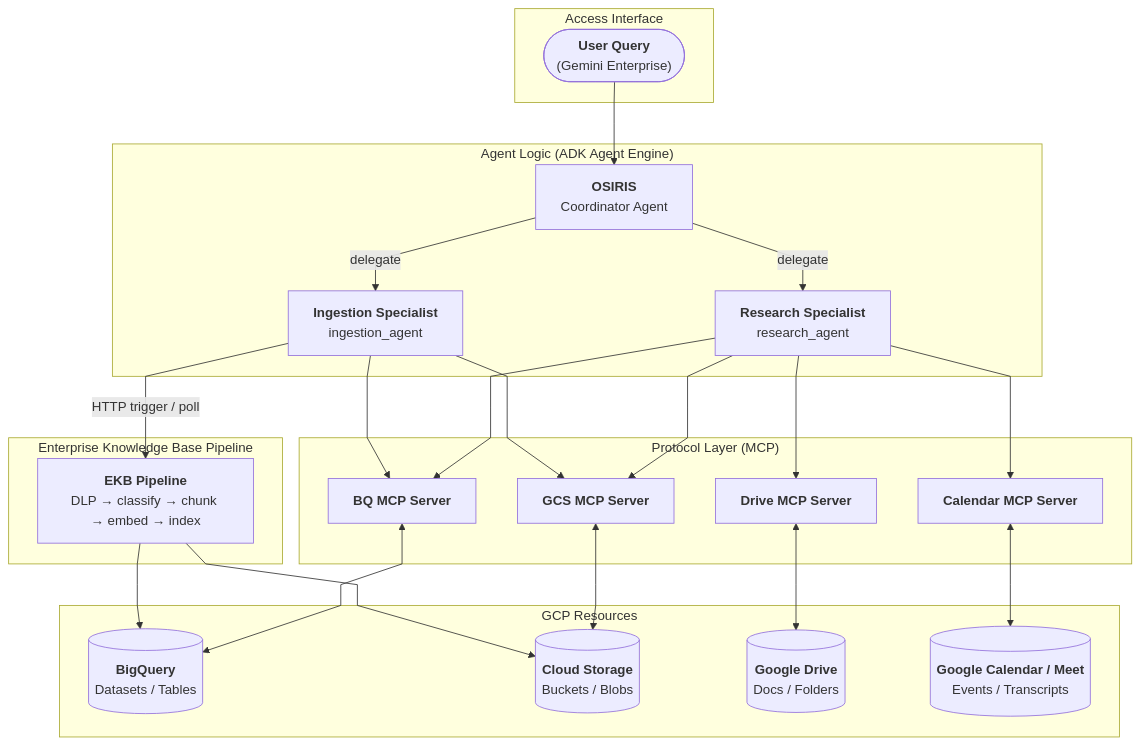
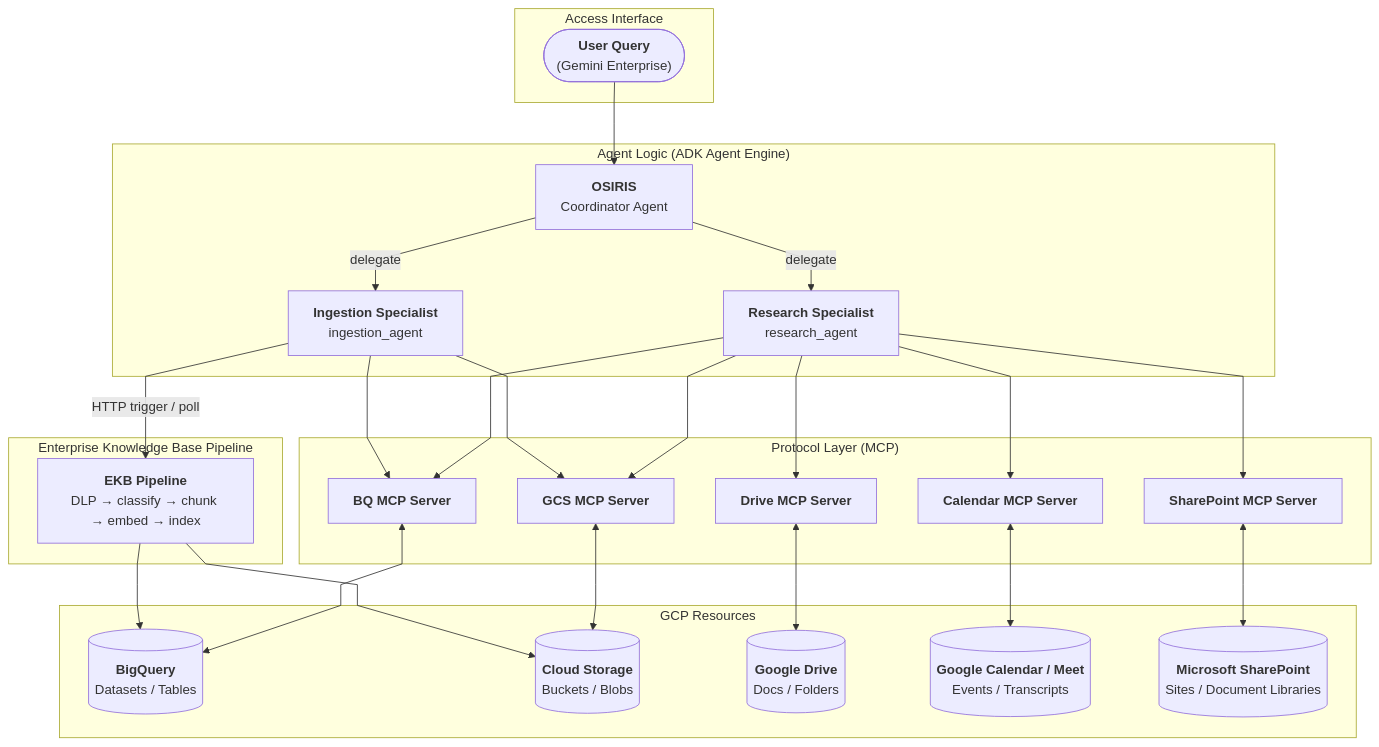
One commit to eamadorm-endava/Research-Agent changed the diagram in README.md. Above: the diagram before and after it, drawn with Mermaid. The commit also changed other lines of this file and 23 other files, not shown here.

````diff
--- a/README.md
+++ b/README.md
@@ -36,57 +37,61 @@
 ```mermaid
 %%{init: {'flowchart': {'curve': 'linear'}}}%%
 graph TD
     subgraph Entry ["Access Interface"]
         User(["<b>User Query</b><br/>(Gemini Enterprise)"])
     end
 
     subgraph Core ["Agent Logic (ADK Agent Engine)"]
         Coordinator["<b>OSIRIS</b><br/>Coordinator Agent"]
         ResSpec["<b>Research Specialist</b><br/>research_agent"]
         IngSpec["<b>Ingestion Specialist</b><br/>ingestion_agent"]
         Coordinator -->|delegate| ResSpec
         Coordinator -->|delegate| IngSpec
     end
 
     subgraph Gateway ["Protocol Layer (MCP)"]
         BQ_MCP["<b>BQ MCP Server</b>"]
         GCS_MCP["<b>GCS MCP Server</b>"]
         Drive_MCP["<b>Drive MCP Server</b>"]
         Calendar_MCP["<b>Calendar MCP Server</b>"]
+        SharePoint_MCP["<b>SharePoint MCP Server</b>"]
     end
 
     subgraph Service ["GCP Resources"]
         BQ_Res[("<b>BigQuery</b><br/>Datasets / Tables")]
         GCS_Res[("<b>Cloud Storage</b><br/>Buckets / Blobs")]
         Drive_Res[("<b>Google Drive</b><br/>Docs / Folders")]
         Calendar_Res[("<b>Google Calendar / Meet</b><br/>Events / Transcripts")]
+        SharePoint_Res[("<b>Microsoft SharePoint</b><br/>Sites / Document Libraries")]
     end
 
     subgraph EKBPipeline ["Enterprise Knowledge Base Pipeline"]
         EKB["<b>EKB Pipeline</b><br/>DLP → classify → chunk → embed → index"]
     end
 
     %% User entry
     User --> Coordinator
 
     %% OSIRIS (Research Specialist) MCP access
     ResSpec --> BQ_MCP
     ResSpec --> GCS_MCP
     ResSpec --> Drive_MCP
     ResSpec --> Calendar_MCP
+    ResSpec --> SharePoint_MCP
 
     %% Ingestion agent MCP + EKB access
     IngSpec --> BQ_MCP
     IngSpec --> GCS_MCP
     IngSpec -->|HTTP trigger / poll| EKB
 
     %% MCP ↔ GCP
     BQ_MCP <--> BQ_Res
     GCS_MCP <--> GCS_Res
     Drive_MCP <--> Drive_Res
     Calendar_MCP <--> Calendar_Res
+    SharePoint_MCP <--> SharePoint_Res
 
     %% EKB writes to storage
     EKB --> GCS_Res
     EKB --> BQ_Res
 ```
````
